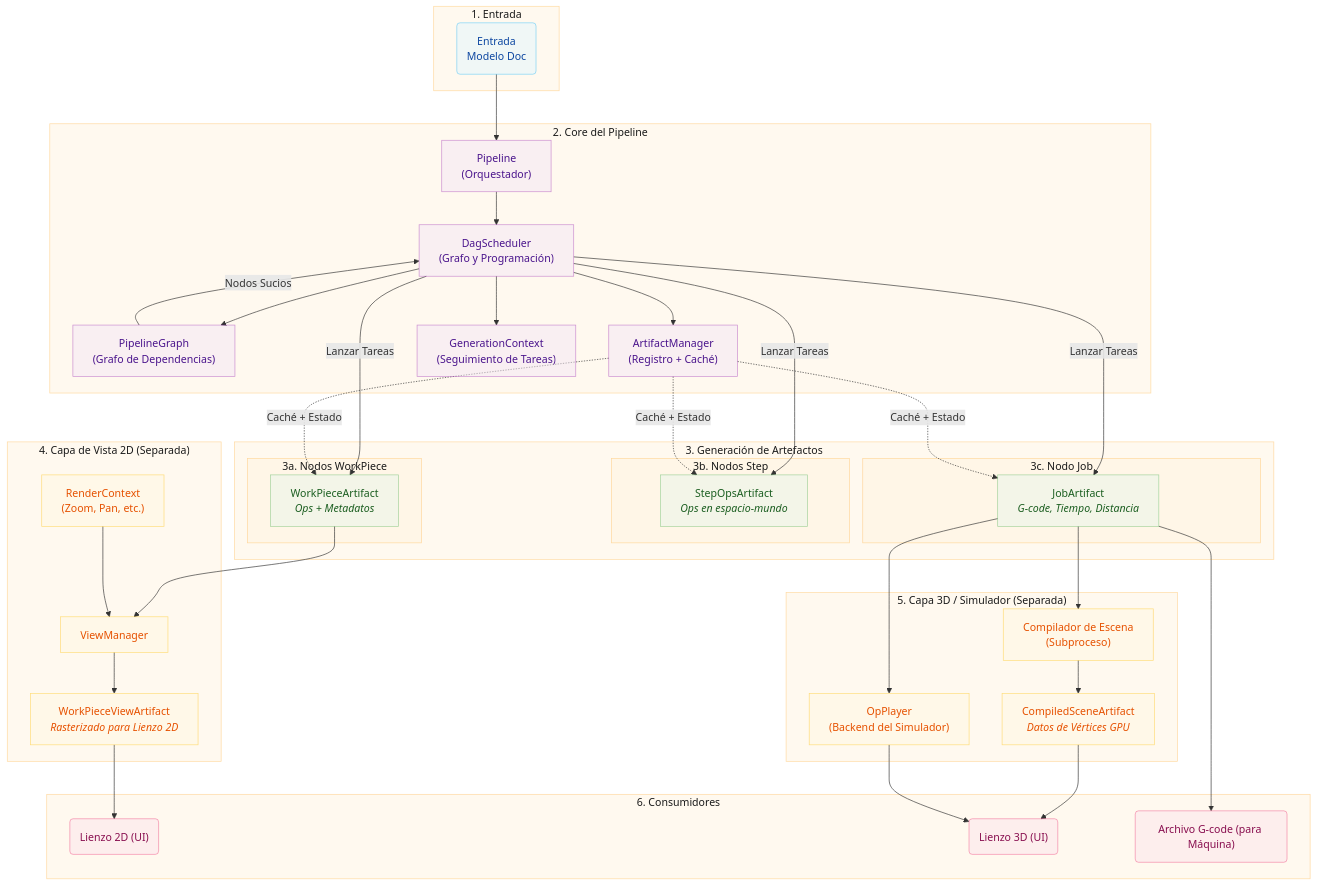
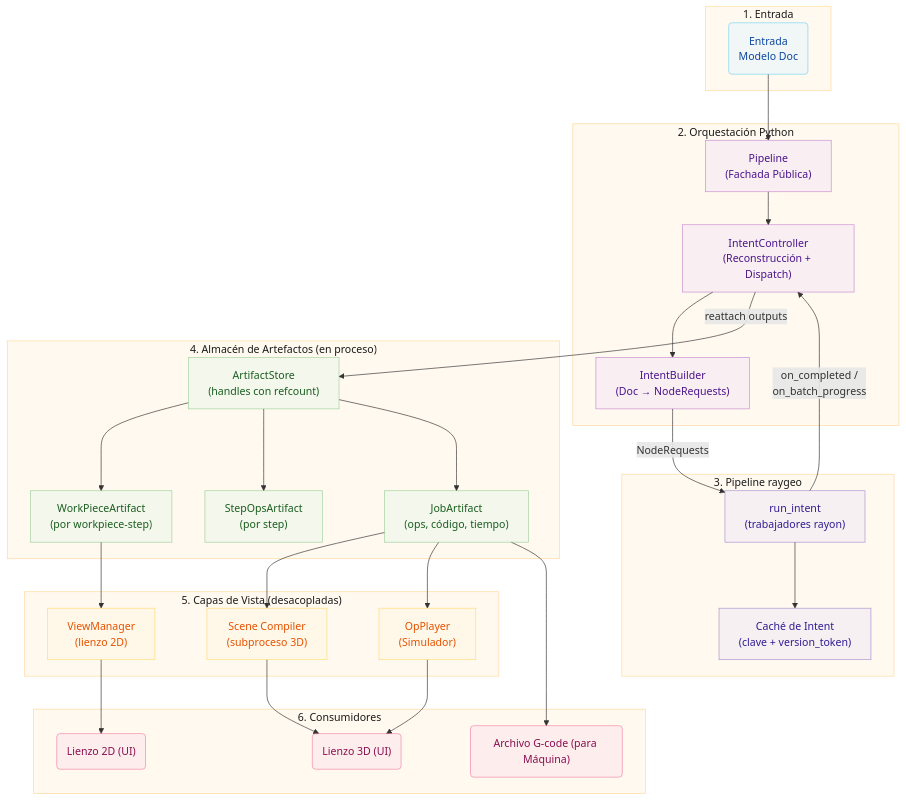
One commit to barebaric/rayforge changed the diagram in website/i18n/es/docusaurus-plugin-content-docs/current/developer/pipeline.md. Above: the diagram before and after it, drawn with Mermaid. The commit also changed other lines of this file and 7 other files, not shown here.

````diff
--- a/website/i18n/es/docusaurus-plugin-content-docs/current/developer/pipeline.md
+++ b/website/i18n/es/docusaurus-plugin-content-docs/current/developer/pipeline.md
@@ -15,38 +22,28 @@
         InputNode("Entrada<br/>Modelo Doc")
     end
 
-    subgraph PipelineCore["2. Core del Pipeline"]
-        Pipeline["Pipeline<br/>(Orquestador)"]
-        DAG["DagScheduler<br/>(Grafo y Programación)"]
-        Graph["PipelineGraph<br/>(Grafo de Dependencias)"]
-        AM["ArtifactManager<br/>(Registro + Caché)"]
-        GC["GenerationContext<br/>(Seguimiento de Tareas)"]
+    subgraph PythonOrchestrator["2. Orquestación Python"]
+        Pipeline["Pipeline<br/>(Fachada Pública)"]
+        IC["IntentController<br/>(Reconstrucción + Dispatch)"]
+        IB["IntentBuilder<br/>(Doc &rarr; NodeRequests)"]
     end
 
-    subgraph ArtifactGen["3. Generación de Artefactos"]
-        subgraph WorkPieceNodes["3a. Nodos WorkPiece"]
-            WP["WorkPieceArtifact<br/><i>Ops + Metadatos</i>"]
-        end
-
-        subgraph StepNodes["3b. Nodos Step"]
-            SO["StepOpsArtifact<br/><i>Ops en espacio-mundo</i>"]
-        end
-
-        subgraph JobNode["3c. Nodo Job"]
-            JA["JobArtifact<br/><i>G-code, Tiempo, Distancia</i>"]
-        end
+    subgraph Raygeo["3. Pipeline raygeo"]
+        RI["run_intent<br/>(trabajadores rayon)"]
+        Cache["Caché de Intent<br/>(clave + version_token)"]
     end
 
-    subgraph View2D["4. Capa de Vista 2D (Separada)"]
-        VM["ViewManager"]
-        RC["RenderContext<br/>(Zoom, Pan, etc.)"]
-        WV["WorkPieceViewArtifact<br/><i>Rasterizado para Lienzo 2D</i>"]
+    subgraph Artifacts["4. Almacén de Artefactos (en proceso)"]
+        Store["ArtifactStore<br/>(handles con refcount)"]
+        WP["WorkPieceArtifact<br/>(por workpiece-step)"]
+        SO["StepOpsArtifact<br/>(por step)"]
+        JA["JobArtifact<br/>(ops, código, tiempo)"]
     end
 
-    subgraph View3D["5. Capa 3D / Simulador (Separada)"]
-        SC["Compilador de Escena<br/>(Subproceso)"]
-        CS["CompiledSceneArtifact<br/><i>Datos de Vértices GPU</i>"]
-        OP["OpPlayer<br/>(Backend del Simulador)"]
+    subgraph View["5. Capas de Vista (desacopladas)"]
+        VM["ViewManager<br/>(lienzo 2D)"]
+        SC["Scene Compiler<br/>(subproceso 3D)"]
+        OP["OpPlayer<br/>(Simulador)"]
     end
 
     subgraph Consumers["6. Consumidores"]
@@ -56,43 +53,37 @@
     end
 
     InputNode --> Pipeline
-    Pipeline --> DAG
-    DAG --> Graph
-    DAG --> AM
-    DAG --> GC
-
-    Graph -->|"Nodos Sucios"| DAG
-    DAG -->|"Lanzar Tareas"| WP
-    DAG -->|"Lanzar Tareas"| SO
-    DAG -->|"Lanzar Tareas"| JA
-
-    AM -.->|"Caché + Estado"| WP
-    AM -.->|"Caché + Estado"| SO
-    AM -.->|"Caché + Estado"| JA
+    Pipeline --> IC
+    IC --> IB
+    IB -->|"NodeRequests"| RI
+    RI -->|"on_completed /<br/>on_batch_progress"| IC
+    RI --> Cache
+    IC -->|"reattach outputs"| Store
+    Store --> WP
+    Store --> SO
+    Store --> JA
 
     WP --> VM
     JA --> SC
     JA --> OP
     JA --> File
 
-    RC --> VM
-    VM --> WV
-    WV --> Vis2D
-
-    SC --> CS
-    CS --> Vis3D
+    VM --> Vis2D
+    SC --> Vis3D
     OP --> Vis3D
 
     classDef clusterBox fill:#fff3e080,stroke:#ffb74d80,stroke-width:1px,color:#1a1a1a
     classDef inputNode fill:#e1f5fe80,stroke:#03a9f480,color:#0d47a1
-    classDef coreNode fill:#f3e5f580,stroke:#9c27b080,color:#4a148c
+    classDef pyNode fill:#f3e5f580,stroke:#9c27b080,color:#4a148c
+    classDef raygeoNode fill:#ede7f680,stroke:#5e35b180,color:#311b92
     classDef artifactNode fill:#e8f5e980,stroke:#4caf5080,color:#1b5e20
     classDef viewNode fill:#fff8e180,stroke:#ffc10780,color:#e65100
     classDef consumerNode fill:#fce4ec80,stroke:#e91e6380,color:#880e4f
-    class Input,PipelineCore,ArtifactGen,WorkPieceNodes,StepNodes,JobNode,View2D,View3D,Consumers clusterBox
+    class Input,PythonOrchestrator,Raygeo,Artifacts,View,Consumers clusterBox
     class InputNode inputNode
-    class Pipeline,DAG,Graph,AM,GC coreNode
-    class WP,SO,JA artifactNode
-    class VM,RC,WV,SC,CS,OP viewNode
+    class Pipeline,IC,IB pyNode
+    class RI,Cache raygeoNode
+    class Store,WP,SO,JA artifactNode
+    class VM,SC,OP viewNode
     class Vis2D,Vis3D,File consumerNode
 ```
````
